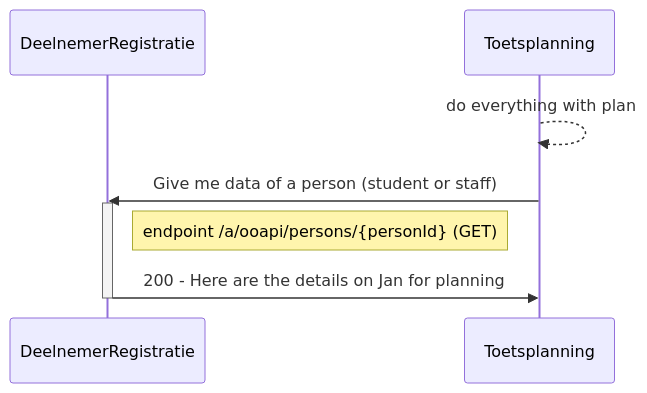
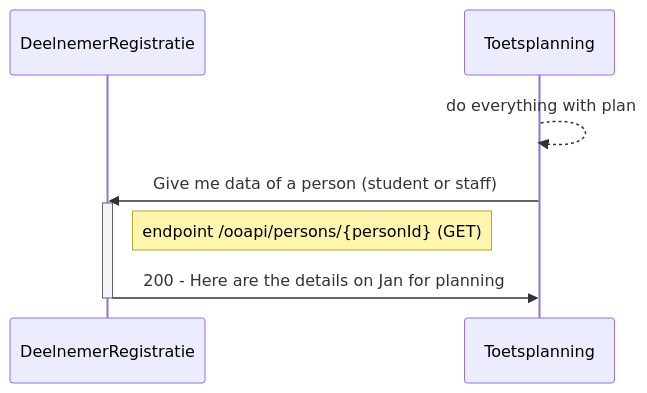
Before and after one commit to NetwerkExamineringDigitalisering/NED-OOAPI: the seventh of 7 diagrams in doc/flow1.md, drawn with Mermaid. The commit also changed other lines of this file and 4 other files, not shown here.

````diff
--- a/doc/flow1.md
+++ b/doc/flow1.md
@@ -346,12 +346,12 @@
 ```mermaid
 
 sequenceDiagram
     participant DeelnemerRegistratie
     participant Toetsplanning
     Toetsplanning-->>Toetsplanning: do everything with plan
     Toetsplanning->>DeelnemerRegistratie : Give me data of a person (student or staff) 
     activate DeelnemerRegistratie
-    Note right of DeelnemerRegistratie: endpoint /a/ooapi/persons/{personId} (GET)
+    Note right of DeelnemerRegistratie: endpoint /ooapi/persons/{personId} (GET)
     DeelnemerRegistratie->>Toetsplanning : 200 - Here are the details on Jan for planning
     deactivate DeelnemerRegistratie
 ```
````
